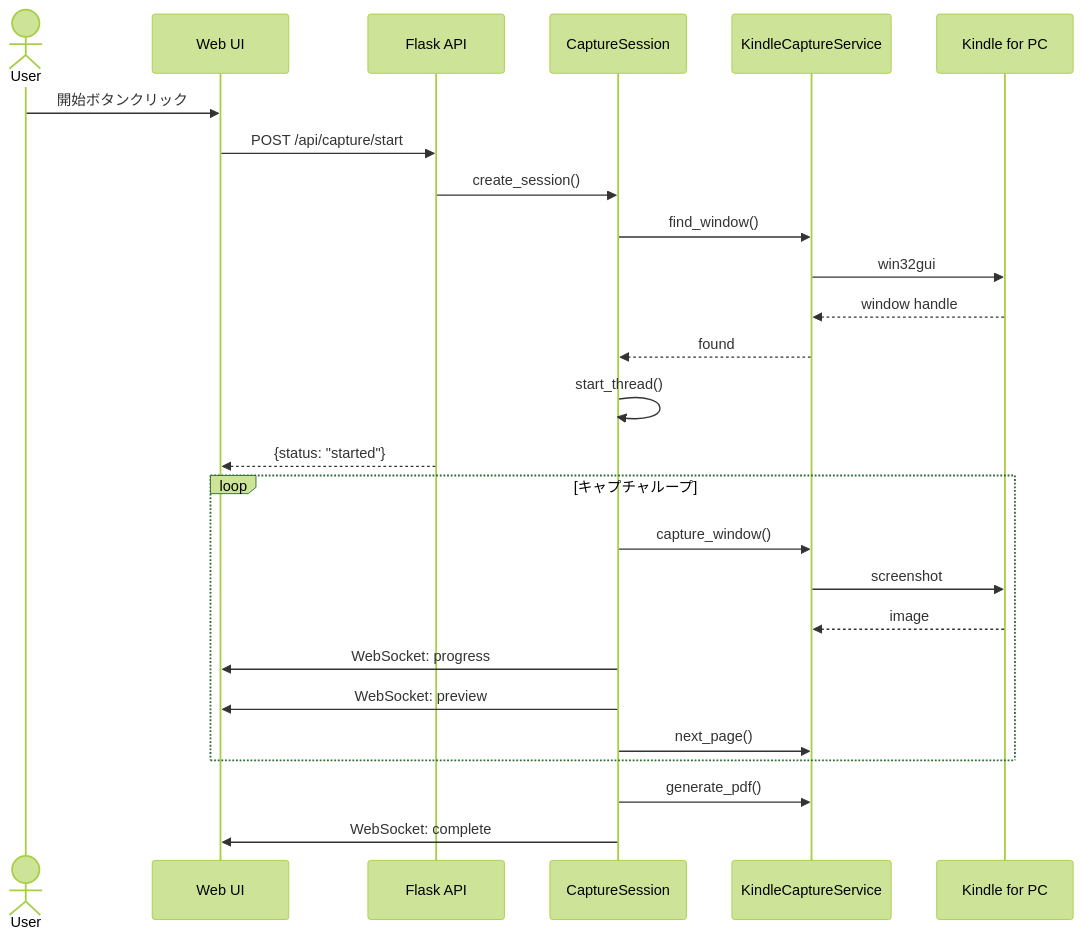
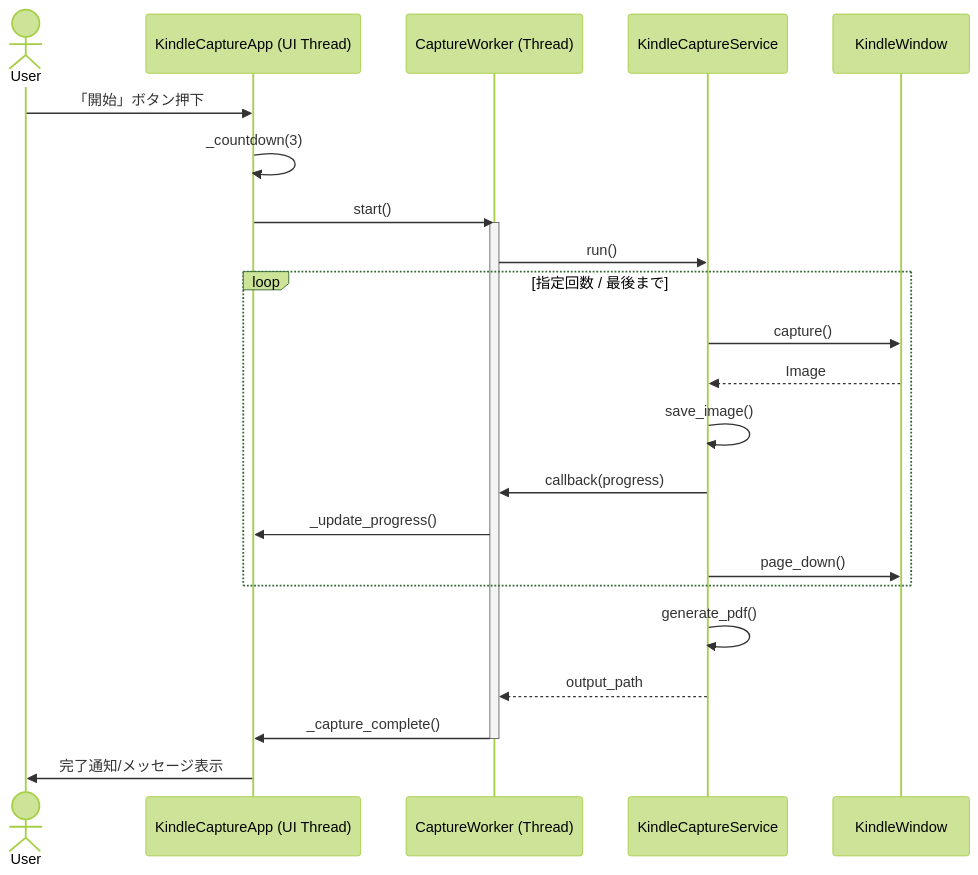
The second of 2 diagrams in docs/03_detailed_design.md (monokuma201607/kindle-to-pdf), drawn with Mermaid (forest theme) before and after one commit. The commit also changed other lines of this file and 4 other files, not shown here.

````diff
--- a/docs/03_detailed_design.md
+++ b/docs/03_detailed_design.md
@@ -117,31 +93,30 @@
 ```mermaid
 sequenceDiagram
     actor User
-    participant UI as Web UI
-    participant API as Flask API
-    participant Session as CaptureSession
+    participant App as KindleCaptureApp (UI Thread)
+    participant Thread as CaptureWorker (Thread)
     participant Service as KindleCaptureService
-    participant Kindle as Kindle for PC
+    participant Win as KindleWindow
     
-    User->>UI: 開始ボタンクリック
-    UI->>API: POST /api/capture/start
-    API->>Session: create_session()
-    Session->>Service: find_window()
-    Service->>Kindle: win32gui
-    Kindle-->>Service: window handle
-    Service-->>Session: found
-    Session->>Session: start_thread()
-    API-->>UI: {status: "started"}
+    User->>App: 「開始」ボタン押下
+    App->>App: _countdown(3)
+    App->>Thread: start()
+    activate Thread
+    Thread->>Service: run()
     
-    loop キャプチャループ
-        Session->>Service: capture_window()
-        Service->>Kindle: screenshot
-        Kindle-->>Service: image
-        Session->>UI: WebSocket: progress
-        Session->>UI: WebSocket: preview
-        Session->>Service: next_page()
+    loop 指定回数 / 最後まで
+        Service->>Win: capture()
+        Win-->>Service: Image
+        Service->>Service: save_image()
+        Service->>Thread: callback(progress)
+        Thread->>App: _update_progress()
+        Service->>Win: page_down()
     end
     
-    Session->>Service: generate_pdf()
-    Session->>UI: WebSocket: complete
+    Service->>Service: generate_pdf()
+    Service-->>Thread: output_path
+    
+    Thread->>App: _capture_complete()
+    deactivate Thread
+    App->>User: 完了通知/メッセージ表示
 ```
````
